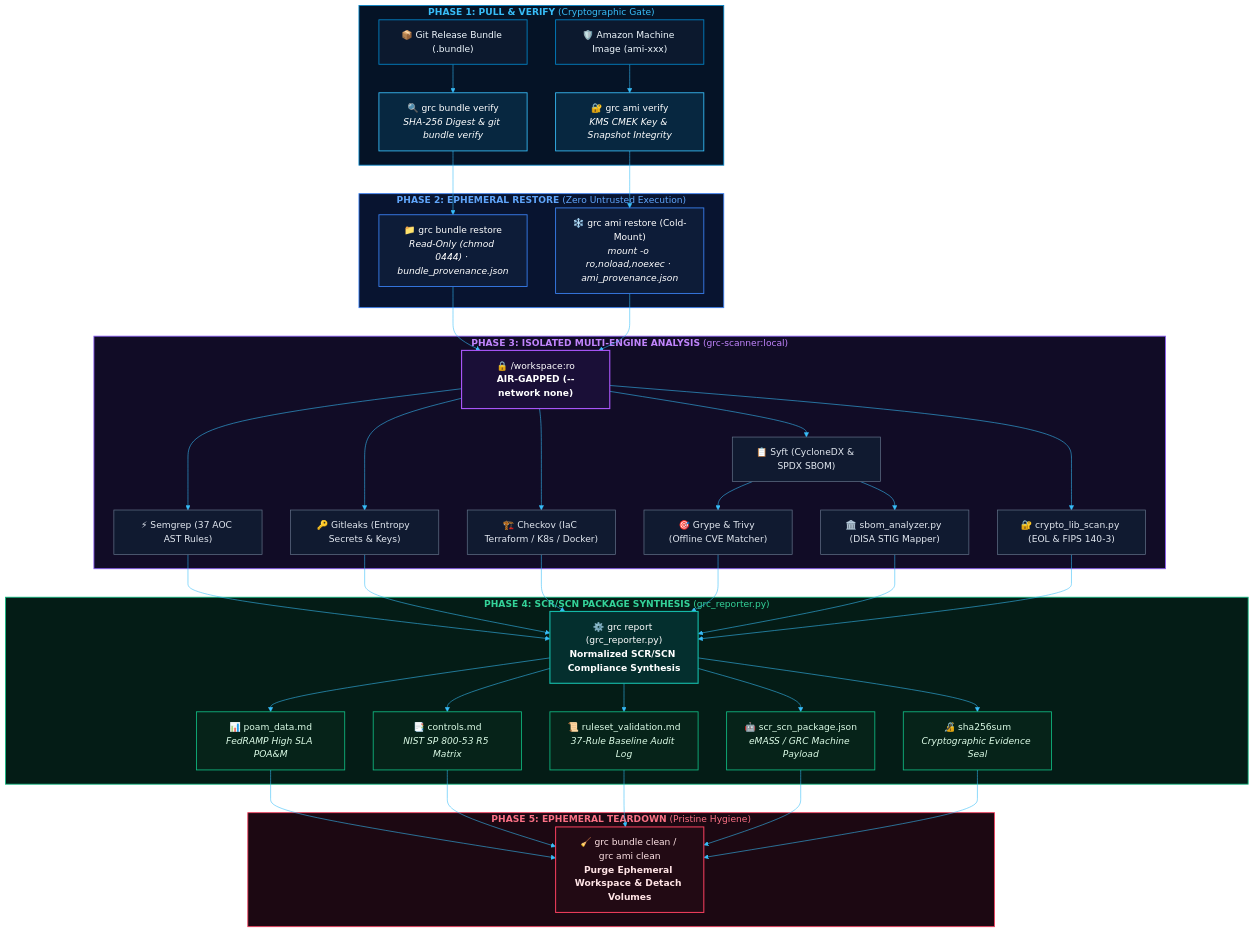
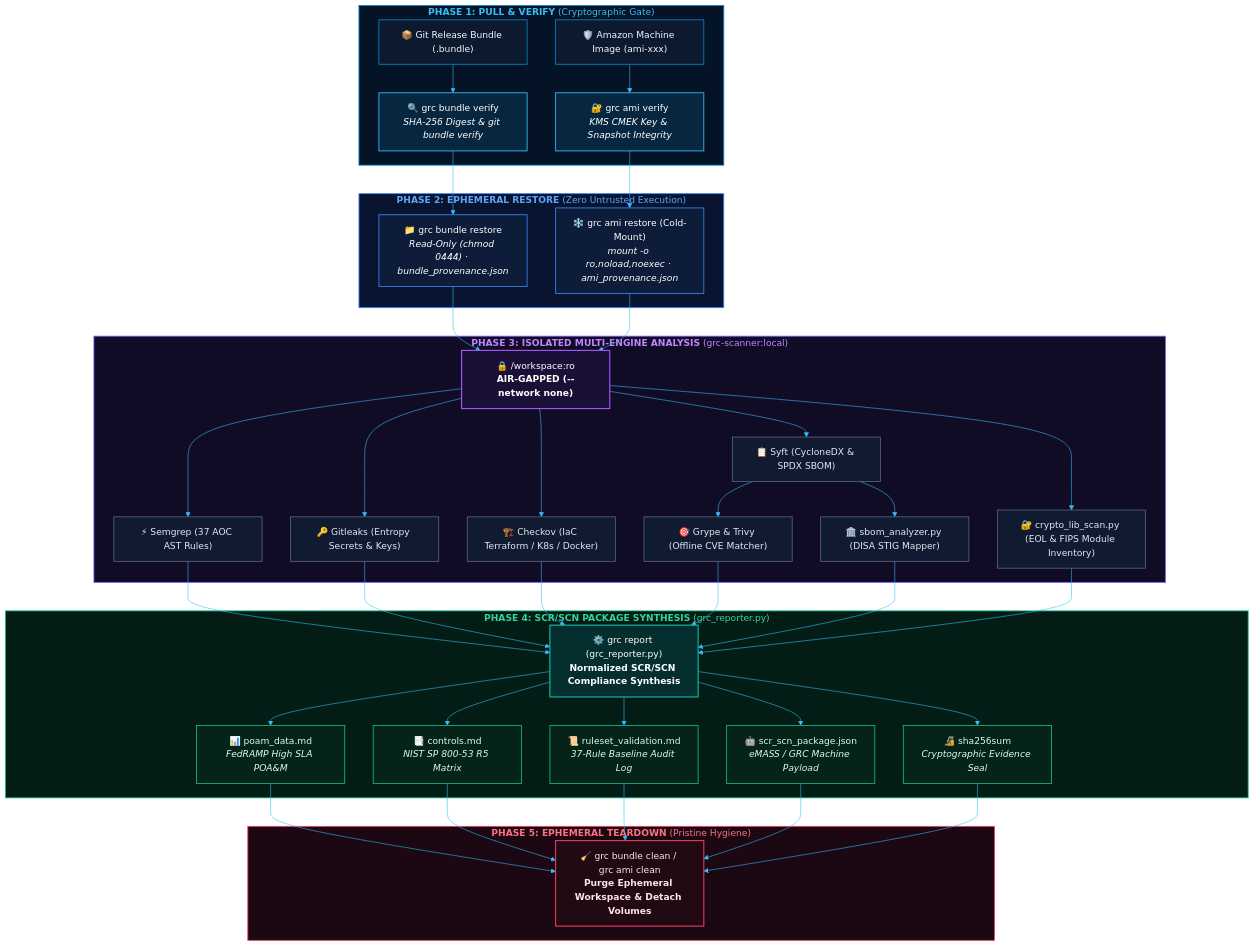
The diagram in README.md (eodartintlabs-hue/grc-xmini-public), drawn with Mermaid before and after one commit. The commit also changed other lines of this file and 50 other files, not shown here.

````diff
--- a/README.md
+++ b/README.md
@@ -90,70 +90,70 @@
 ```mermaid
 %%{init: {
   'theme': 'base',
   'themeVariables': {
     'darkMode': true,
     'background': '#070a12',
     'primaryColor': '#0f172a',
     'primaryTextColor': '#f8fafc',
     'primaryBorderColor': '#38bdf8',
     'lineColor': '#38bdf8',
     'secondaryColor': '#1e1b4b',
     'tertiaryColor': '#0c4a6e',
     'mainBkg': '#0f172a',
     'nodeBorder': '#38bdf8',
     'clusterBkg': '#0b0f19',
     'clusterBorder': '#1e293b',
     'defaultLinkColor': '#38bdf8',
     'fontFamily': 'system-ui, -apple-system, sans-serif'
   }
 }}%%
 flowchart TD
     classDef inputNode fill:#0c192e,stroke:#0284c7,stroke-width:1.5px,color:#f0f9ff;
     classDef verifyNode fill:#072740,stroke:#38bdf8,stroke-width:1.5px,color:#ffffff;
     classDef restoreNode fill:#0d1c38,stroke:#3b82f6,stroke-width:1.5px,color:#ffffff;
     classDef airgapNode fill:#1a0f37,stroke:#a855f7,stroke-width:2px,color:#ffffff;
     classDef scannerNode fill:#101a30,stroke:#64748b,stroke-width:1.2px,color:#e2e8f0;
     classDef reportNode fill:#042f2e,stroke:#14b8a6,stroke-width:2px,color:#ffffff;
     classDef deliverableNode fill:#062319,stroke:#10b981,stroke-width:1.5px,color:#dcfce7;
     classDef cleanNode fill:#220a14,stroke:#f43f5e,stroke-width:1.8px,color:#ffe4e6;
 
     subgraph Phase1["<b>PHASE 1: PULL &amp; VERIFY</b> (Cryptographic Gate)"]
         Bundle["📦 Git Release Bundle (.bundle)"]:::inputNode --> VerifyB["🔍 grc bundle verify<br/><i>SHA-256 Digest &amp; git bundle verify</i>"]:::verifyNode
         AMI["🛡️ Amazon Machine Image (ami-xxx)"]:::inputNode --> VerifyA["🔐 grc ami verify<br/><i>KMS CMEK Key &amp; Snapshot Integrity</i>"]:::verifyNode
     end
 
     subgraph Phase2["<b>PHASE 2: EPHEMERAL RESTORE</b> (Zero Untrusted Execution)"]
         VerifyB --> RestoreB["📁 grc bundle restore<br/><i>Read-Only (chmod 0444) · bundle_provenance.json</i>"]:::restoreNode
         VerifyA --> RestoreA["❄️ grc ami restore (Cold-Mount)<br/><i>mount -o ro,noload,noexec · ami_provenance.json</i>"]:::restoreNode
     end
 
     subgraph Phase3["<b>PHASE 3: ISOLATED MULTI-ENGINE ANALYSIS</b> (grc-scanner:local)"]
         RestoreB & RestoreA --> Workspace["🔒 /workspace:ro<br/><b>AIR-GAPPED (--network none)</b>"]:::airgapNode
         Workspace --> Semgrep["⚡ Semgrep (37 AOC AST Rules)"]:::scannerNode
         Workspace --> Gitleaks["🔑 Gitleaks (Entropy Secrets &amp; Keys)"]:::scannerNode
         Workspace --> Checkov["🏗️ Checkov (IaC Terraform / K8s / Docker)"]:::scannerNode
         Workspace --> Syft["📋 Syft (CycloneDX &amp; SPDX SBOM)"]:::scannerNode
         Syft --> GrypeTrivy["🎯 Grype &amp; Trivy (Offline CVE Matcher)"]:::scannerNode
         Syft --> STIGMap["🏛️ sbom_analyzer.py (DISA STIG Mapper)"]:::scannerNode
-        Workspace --> CryptoScan["🔐 crypto_lib_scan.py (EOL &amp; FIPS 140-3)"]:::scannerNode
+        Workspace --> CryptoScan["🔐 crypto_lib_scan.py (EOL &amp; FIPS Module Inventory)"]:::scannerNode
     end
 
     subgraph Phase4["<b>PHASE 4: SCR/SCN PACKAGE SYNTHESIS</b> (grc_reporter.py)"]
         Semgrep & Gitleaks & Checkov & GrypeTrivy & STIGMap & CryptoScan --> Reporter["⚙️ grc report (grc_reporter.py)<br/><b>Normalized SCR/SCN Compliance Synthesis</b>"]:::reportNode
         Reporter --> POAM["📊 poam_data.md<br/><i>FedRAMP High SLA POA&amp;M</i>"]:::deliverableNode
         Reporter --> Controls["📑 controls.md<br/><i>NIST SP 800-53 R5 Matrix</i>"]:::deliverableNode
         Reporter --> RulesetLog["📜 ruleset_validation.md<br/><i>37-Rule Baseline Audit Log</i>"]:::deliverableNode
         Reporter --> SCR["🤖 scr_scn_package.json<br/><i>eMASS / GRC Machine Payload</i>"]:::deliverableNode
         Reporter --> Seal["🔏 sha256sum<br/><i>Cryptographic Evidence Seal</i>"]:::deliverableNode
     end
 
     subgraph Phase5["<b>PHASE 5: EPHEMERAL TEARDOWN</b> (Pristine Hygiene)"]
         POAM & Controls & RulesetLog & SCR & Seal --> Clean["🧹 grc bundle clean / grc ami clean<br/><b>Purge Ephemeral Workspace &amp; Detach Volumes</b>"]:::cleanNode
     end
 
     style Phase1 fill:#051326,stroke:#0284c7,stroke-width:1.5px,color:#38bdf8
     style Phase2 fill:#081430,stroke:#3b82f6,stroke-width:1.5px,color:#60a5fa
     style Phase3 fill:#110c26,stroke:#8b5cf6,stroke-width:1.5px,color:#c084fc
     style Phase4 fill:#041c16,stroke:#10b981,stroke-width:1.5px,color:#34d399
     style Phase5 fill:#1c0812,stroke:#f43f5e,stroke-width:1.5px,color:#fb7185
 ```
````
